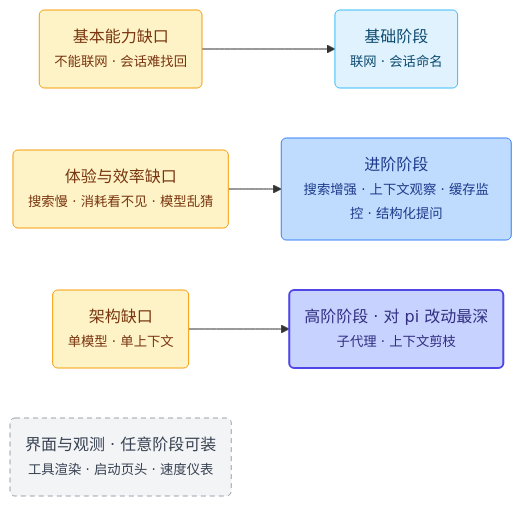
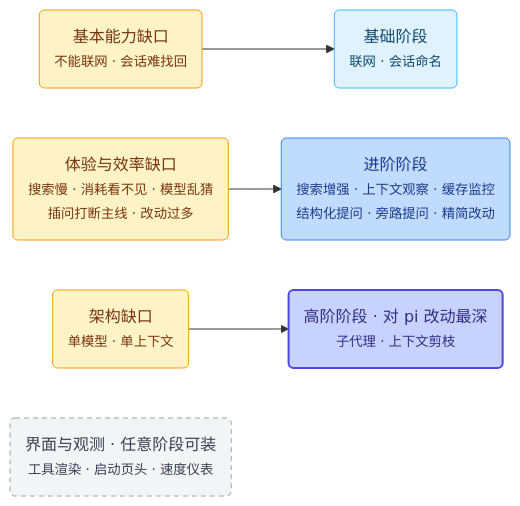
The first of 2 diagrams in docs/01-理念与路线.md (Jerry2003sky/pi-playbook), drawn with Mermaid before and after one commit. The commit also changed other lines of this file and 13 other files, not shown here.

````diff
--- a/docs/01-理念与路线.md
+++ b/docs/01-理念与路线.md
@@ -49,18 +49,18 @@
 ```mermaid
 flowchart LR
     G1("基本能力缺口<br/><small>不能联网 · 会话难找回</small>") --> S1("基础阶段<br/><small>联网 · 会话命名</small>")
-    G2("体验与效率缺口<br/><small>搜索慢 · 消耗看不见 · 模型乱猜</small>") --> S2("进阶阶段<br/><small>搜索增强 · 上下文观察 · 缓存监控 · 结构化提问</small>")
+    G2("体验与效率缺口<br/><small>搜索慢 · 消耗看不见 · 模型乱猜<br/>插问打断主线 · 改动过多</small>") --> S2("进阶阶段<br/><small>搜索增强 · 上下文观察 · 缓存监控<br/>结构化提问 · 旁路提问 · 精简改动</small>")
     G3("架构缺口<br/><small>单模型 · 单上下文</small>") --> S3("高阶阶段 · 对 pi 改动最深<br/><small>子代理 · 上下文剪枝</small>")
     UI("界面与观测 · 任意阶段可装<br/><small>工具渲染 · 启动页头 · 速度仪表</small>")
 
     classDef gap fill:#fef3c7,stroke:#f59e0b,color:#78350f
     classDef s1 fill:#e0f2fe,stroke:#38bdf8,color:#0c4a6e
     classDef s2 fill:#bfdbfe,stroke:#3b82f6,color:#1e3a8a
     classDef s3 fill:#c7d2fe,stroke:#4f46e5,stroke-width:2px,color:#312e81
     classDef side fill:#f3f4f6,stroke:#9ca3af,stroke-dasharray:5 4,color:#374151
     class G1,G2,G3 gap
     class S1 s1
     class S2 s2
     class S3 s3
     class UI side
 ```
````
